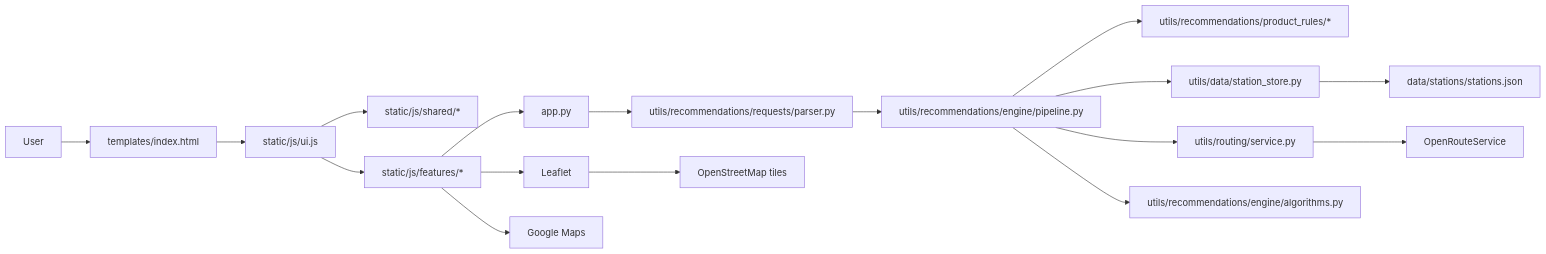
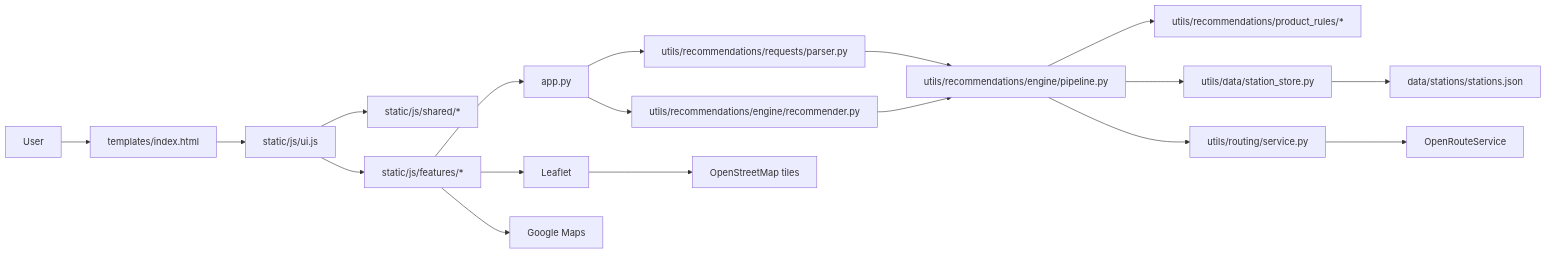
One commit to drei-cabal/Opti-Gas changed the first of 2 diagrams in README.md. Above: the diagram before and after it, drawn with Mermaid. The commit also changed other lines of this file and 22 other files, not shown here.

````diff
--- a/README.md
+++ b/README.md
@@ -39,34 +39,34 @@
 ```mermaid
 flowchart LR
   User[User]
   HTML[templates/index.html]
   UI[static/js/ui.js]
   Shared[static/js/shared/*]
   Features[static/js/features/*]
   Flask[app.py]
   RequestNorm[utils/recommendations/requests/parser.py]
   Pipeline[utils/recommendations/engine/pipeline.py]
   Rules[utils/recommendations/product_rules/*]
   Store[utils/data/station_store.py]
   Routing[utils/routing/service.py]
-  Algorithms[utils/recommendations/engine/algorithms.py]
+  Recommender[utils/recommendations/engine/recommender.py]
   StationData[data/stations/stations.json]
   Leaflet[Leaflet]
   GoogleMaps[Google Maps]
   OSM[OpenStreetMap tiles]
   ORS[OpenRouteService]
 
   User --> HTML --> UI
   UI --> Shared
   UI --> Features
   Features --> Flask
 
   Flask --> RequestNorm --> Pipeline
   Pipeline --> Rules
   Pipeline --> Store --> StationData
   Pipeline --> Routing --> ORS
-  Pipeline --> Algorithms
+  Flask --> Recommender --> Pipeline
 
   Features --> Leaflet --> OSM
   Features --> GoogleMaps
 ```
````
